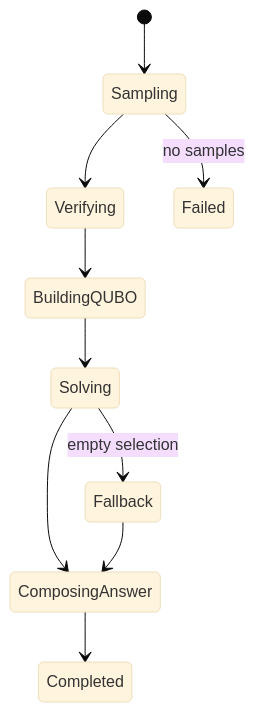
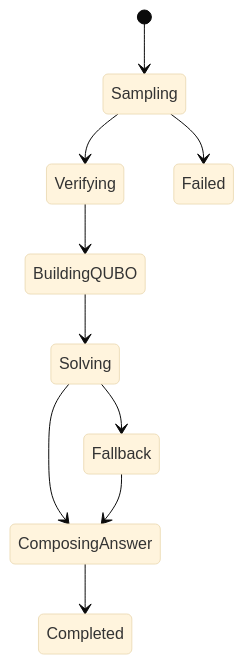
Before and after one commit to tanaymitra54/samsung_backup: the eighth of 15 diagrams in README.md, drawn with Mermaid (base theme). The commit also changed other lines of this file, not shown here.

Commit message:
Simplify README Mermaid diagrams: shorter labels, cleaner visuals, less text

````diff
--- a/README.md
+++ b/README.md
@@ -230,12 +205,12 @@
 ```mermaid
 stateDiagram-v2
     [*] --> Sampling
     Sampling --> Verifying
     Verifying --> BuildingQUBO
     BuildingQUBO --> Solving
     Solving --> ComposingAnswer
     ComposingAnswer --> Completed
-    Sampling --> Failed: no samples
-    Solving --> Fallback: empty selection
+    Sampling --> Failed
+    Solving --> Fallback
     Fallback --> ComposingAnswer
 ```
````
